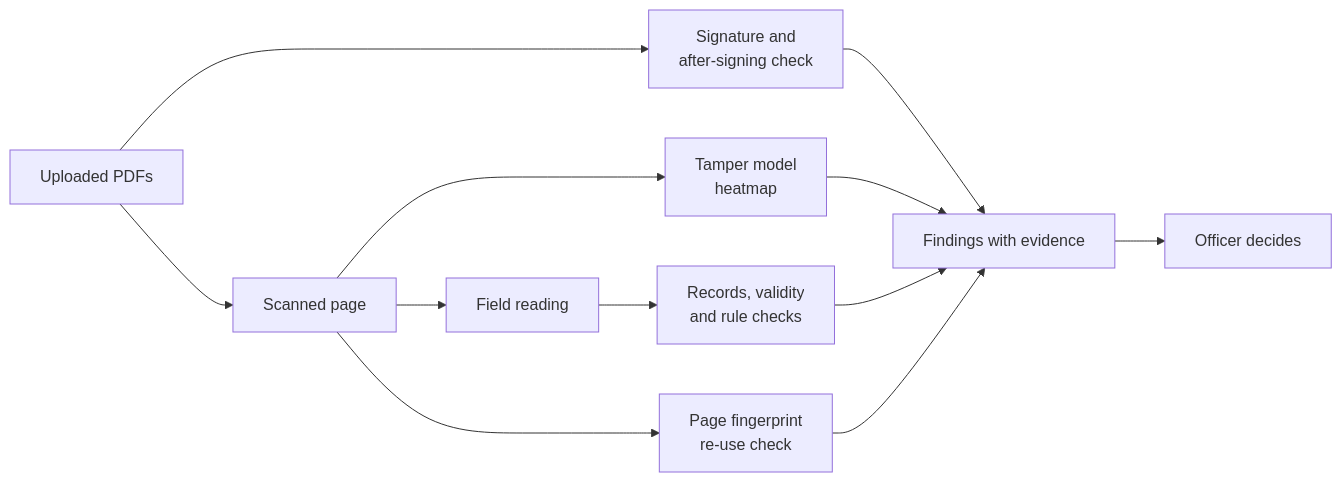
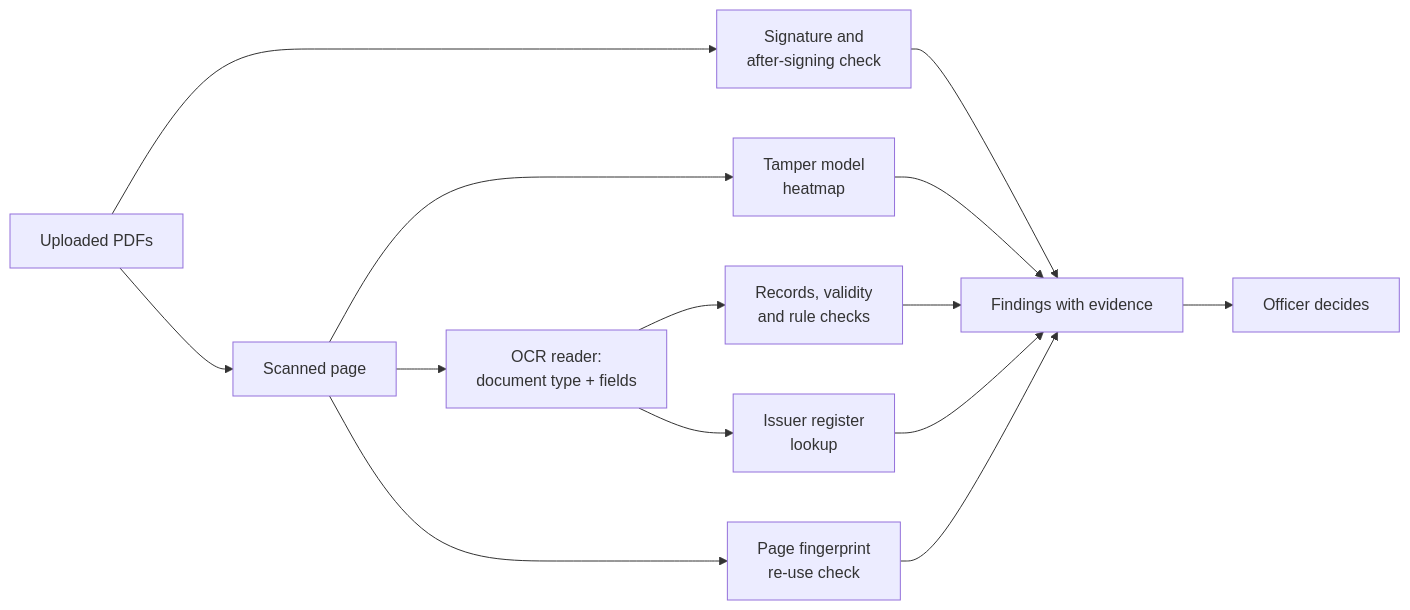
Before and after one commit to Dynemies/scrutiny-desk: the diagram in README.md, drawn with Mermaid. The commit also changed other lines of this file and 114 other files, not shown here.

First line of the commit message:
Add OCR reader, issuer verification, editable rules, roles and alerts

````diff
--- a/README.md
+++ b/README.md
@@ -29,14 +33,16 @@
 ```mermaid
 flowchart LR
     A[Uploaded PDFs] --> S[Signature and<br/>after-signing check]
     A --> P[Scanned page]
     P --> T[Tamper model<br/>heatmap]
-    P --> R[Field reading]
+    P --> R[OCR reader:<br/>document type + fields]
     R --> C[Records, validity<br/>and rule checks]
+    R --> I[Issuer register<br/>lookup]
+    I --> V
     P --> F[Page fingerprint<br/>re-use check]
     S --> V[Findings with evidence]
     T --> V
     C --> V
     F --> V
     V --> O[Officer decides]
 ```
````
